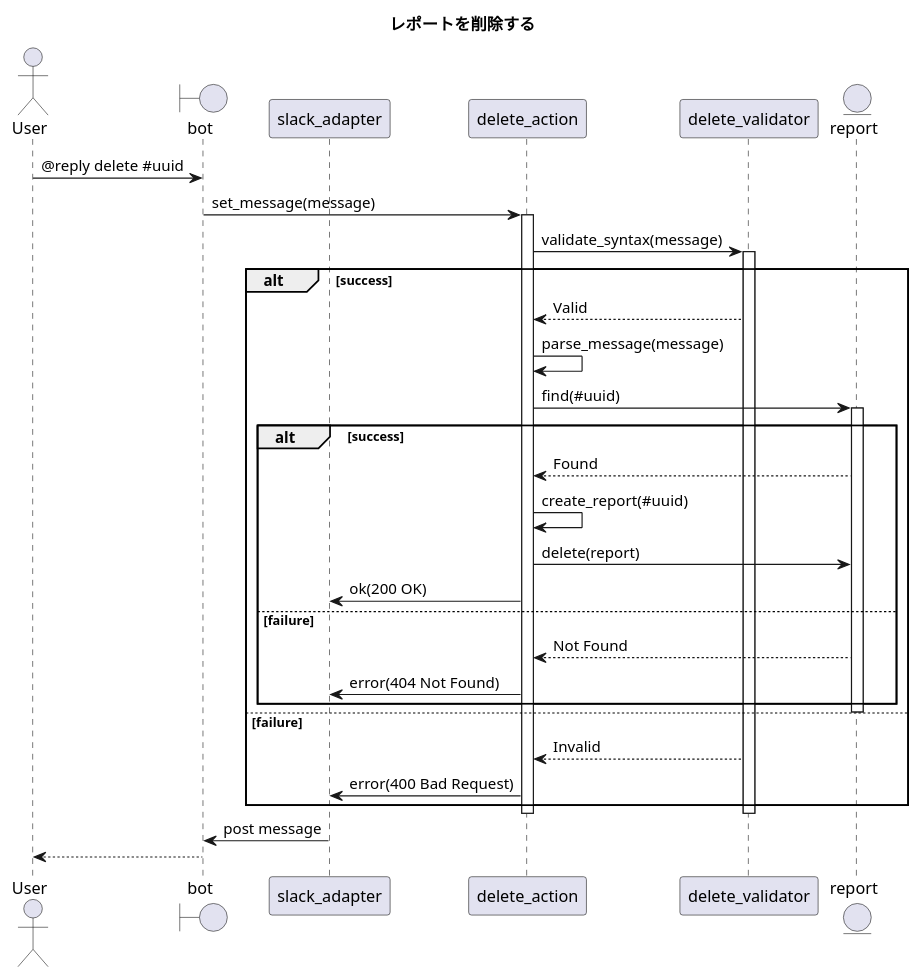
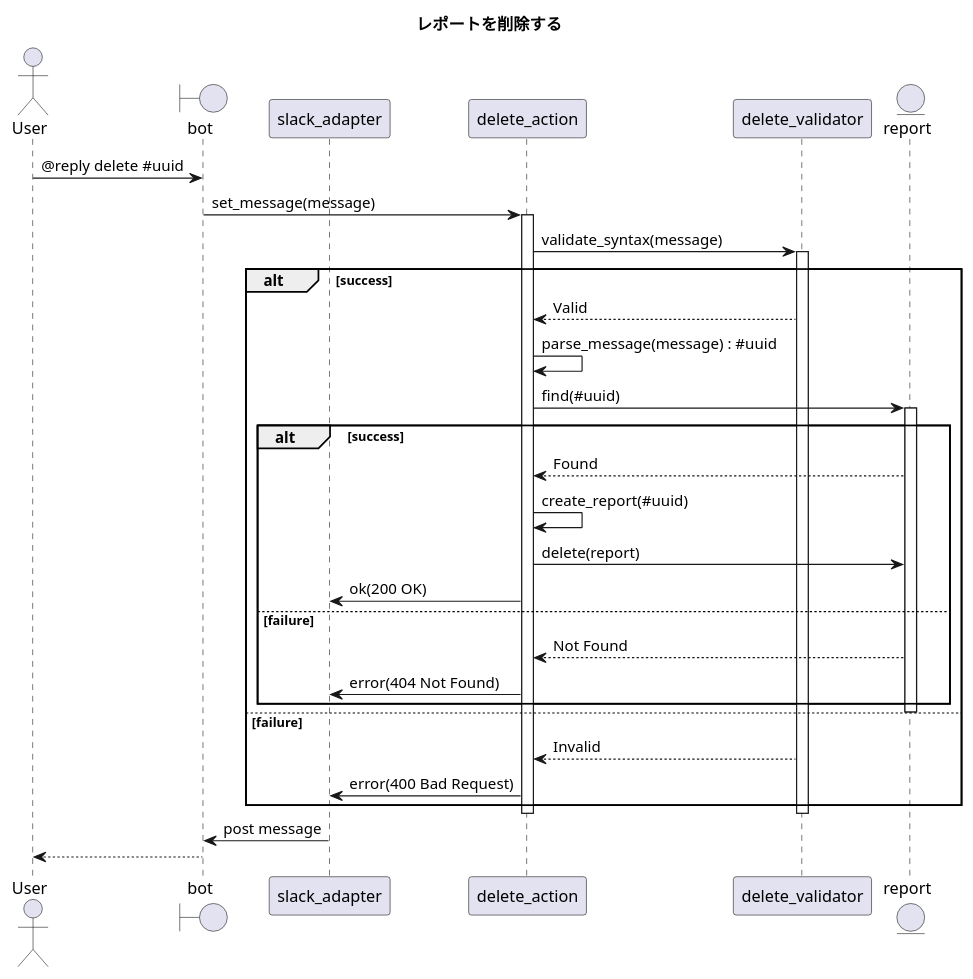
The diagram in 1.design/5.sequences/delete-report.md (ito-masam/kpt-guard.doc), drawn with PlantUML before and after one commit. The commit also changed 9 other files, not shown here.

```diff
--- a/1.design/5.sequences/delete-report.md
+++ b/1.design/5.sequences/delete-report.md
@@ -1,44 +1,44 @@
 @startuml
 
     ' ----------- meta
     title レポートを削除する
 
     actor User
     boundary bot
     participant slack_adapter
     participant delete_action
     participant delete_validator
     entity report
 
     ' ----------- main
     User -> bot : @reply delete #uuid
     bot -> delete_action : set_message(message)
     activate delete_action
         delete_action -> delete_validator : validate_syntax(message)
         activate delete_validator
             alt success
                 delete_validator --> delete_action : Valid
-                delete_action -> delete_action : parse_message(message)
+                delete_action -> delete_action : parse_message(message) : #uuid
                 delete_action -> report : find(#uuid)
                 activate report
                     alt success
                         report --> delete_action : Found
                         delete_action -> delete_action : create_report(#uuid)
                         delete_action -> report : delete(report)
                         delete_action -> slack_adapter : ok(200 OK)
                     else failure
                         report --> delete_action : Not Found
                         delete_action -> slack_adapter : error(404 Not Found)
                     end
                 deactivate report
             else failure
                 ' ----------- alternative
                 delete_validator --> delete_action : Invalid
                 delete_action -> slack_adapter : error(400 Bad Request)
             end
         deactivate delete_validator
     deactivate delete_action
     slack_adapter -> bot : post message
     bot --> User
 
 @enduml
```
